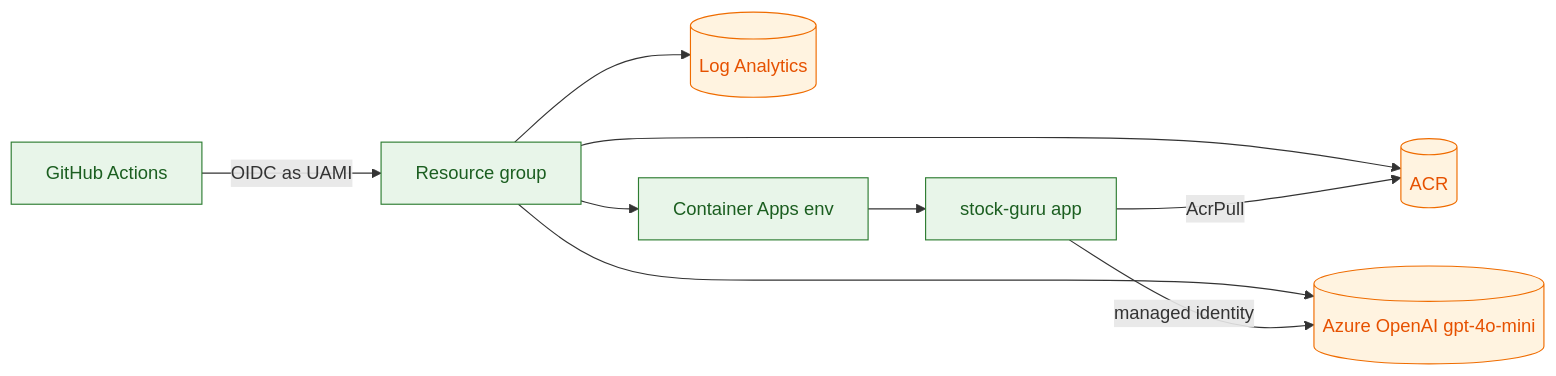
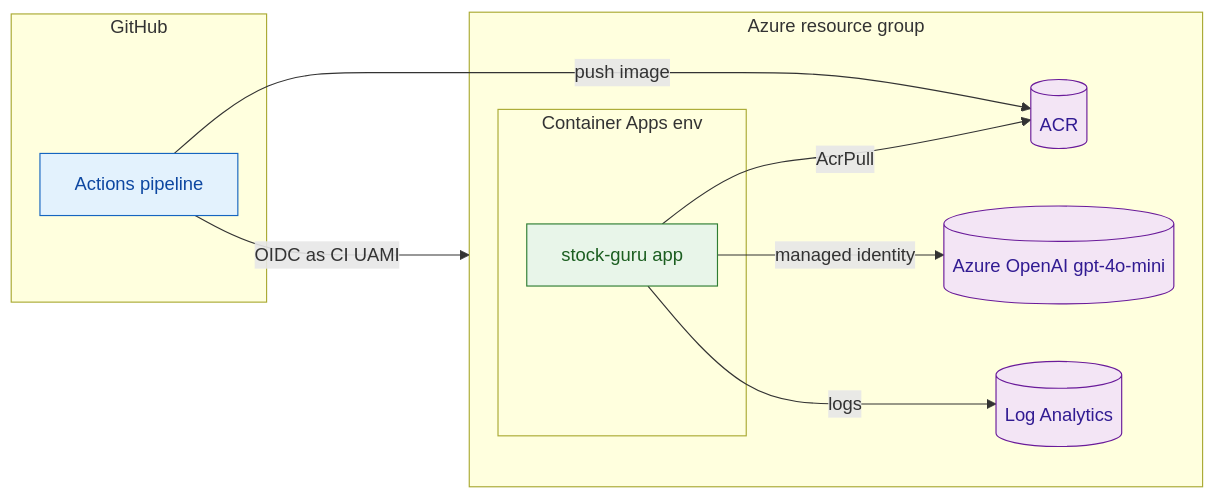
The third of 17 diagrams in plan/plan-Iteration-G2EXH7.md (ajai-d/stock-guru), drawn with Mermaid before and after one commit. The commit also changed other lines of this file and 2 other files, not shown here.

Commit message:
PLAN-EXIT correction Iteration-G2EXH7: add all required diagrams (1.2/1.7/2.2/2.5), fix Mermaid semicolons, expand Autopilot to cover Azure infra + deploy

````diff
--- a/plan/plan-Iteration-G2EXH7.md
+++ b/plan/plan-Iteration-G2EXH7.md
@@ -122,12 +76,22 @@
 ```mermaid
 flowchart LR
-    gha[GitHub Actions]:::c -->|OIDC as UAMI| rg[Resource group]:::c
-    rg --> acr[(ACR)]:::d
-    rg --> aoai[(Azure OpenAI gpt-4o-mini)]:::d
-    rg --> law[(Log Analytics)]:::d
-    rg --> cae[Container Apps env]:::c --> app[stock-guru app]:::c
-    app -->|managed identity| aoai
-    app -->|AcrPull| acr
-    classDef c fill:#E8F5E9,stroke:#2E7D32,color:#1B5E20;
-    classDef d fill:#FFF3E0,stroke:#EF6C00,color:#E65100;
+    subgraph gh["GitHub"]
+        gha[Actions pipeline]:::ci
+    end
+    subgraph az["Azure resource group"]
+        acr[(ACR)]:::data
+        aoai[(Azure OpenAI gpt-4o-mini)]:::data
+        law[(Log Analytics)]:::data
+        subgraph cae["Container Apps env"]
+            appc[stock-guru app]:::comp
+        end
+    end
+    gha -->|OIDC as CI UAMI| az
+    gha -->|push image| acr
+    appc -->|managed identity| aoai
+    appc -->|AcrPull| acr
+    appc -->|logs| law
+    classDef ci fill:#E3F2FD,stroke:#1565C0,color:#0D47A1;
+    classDef comp fill:#E8F5E9,stroke:#2E7D32,color:#1B5E20;
+    classDef data fill:#F3E5F5,stroke:#6A1B9A,color:#311B92;
 ```
````
